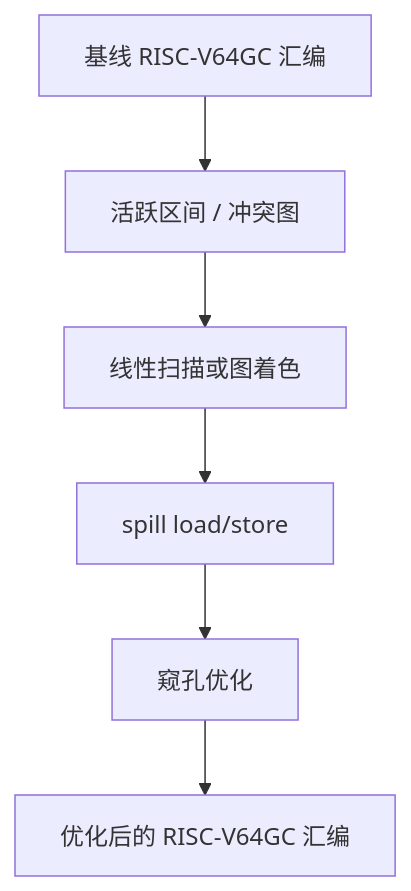
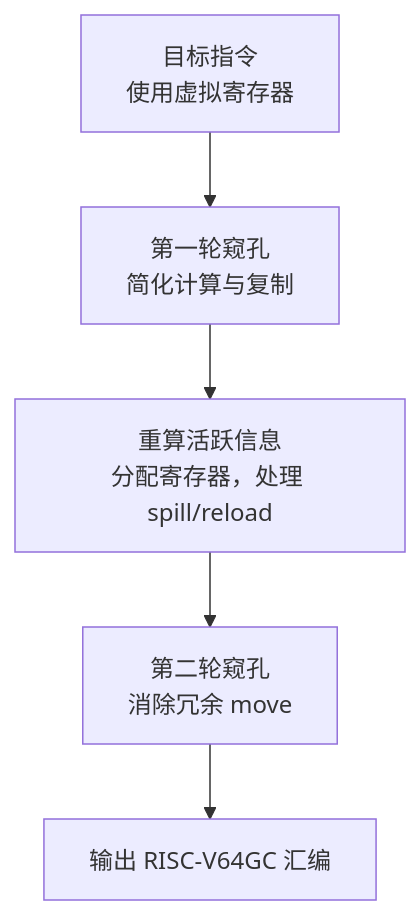
The first of 3 diagrams in docs/labs/part6-target-optimization.md (lightsmilew/compiler-principles), drawn with Mermaid before and after one commit. The commit also changed other lines of this file and 25 other files, not shown here.

Commit message:
优化部分表述、图表、更换资源来源

````diff
--- a/docs/labs/part6-target-optimization.md
+++ b/docs/labs/part6-target-optimization.md
@@ -18,8 +20,7 @@
 ```mermaid
 flowchart TB
-  A[基线 RISC-V64GC 汇编] --> L[活跃区间 / 冲突图]
-  L --> R[线性扫描或图着色]
-  R --> S[spill load/store]
-  S --> P[窥孔优化]
-  P --> O[优化后的 RISC-V64GC 汇编]
+  A["目标指令<br/>使用虚拟寄存器"] --> P1["第一轮窥孔<br/>简化计算与复制"]
+  P1 --> R["重算活跃信息<br/>分配寄存器，处理 spill/reload"]
+  R --> P2["第二轮窥孔<br/>消除冗余 move"]
+  P2 --> O["输出 RISC-V64GC 汇编"]
 ```
````
